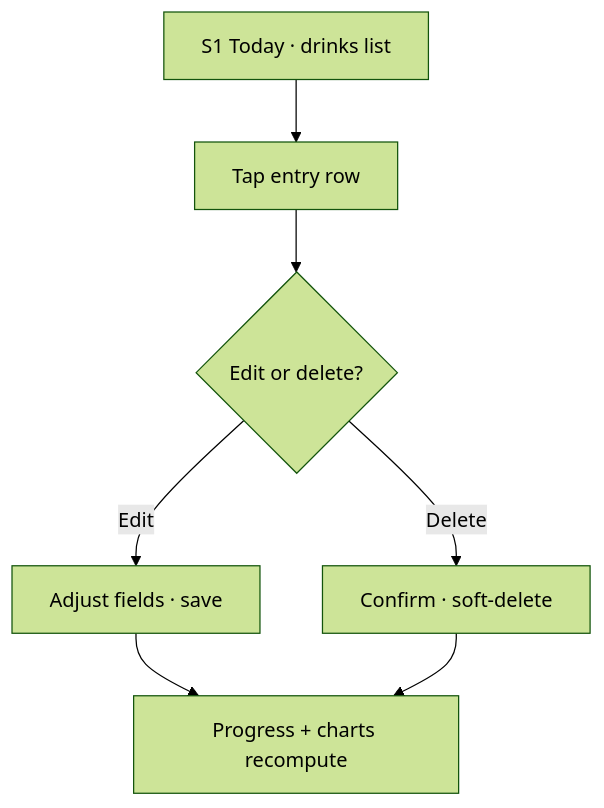
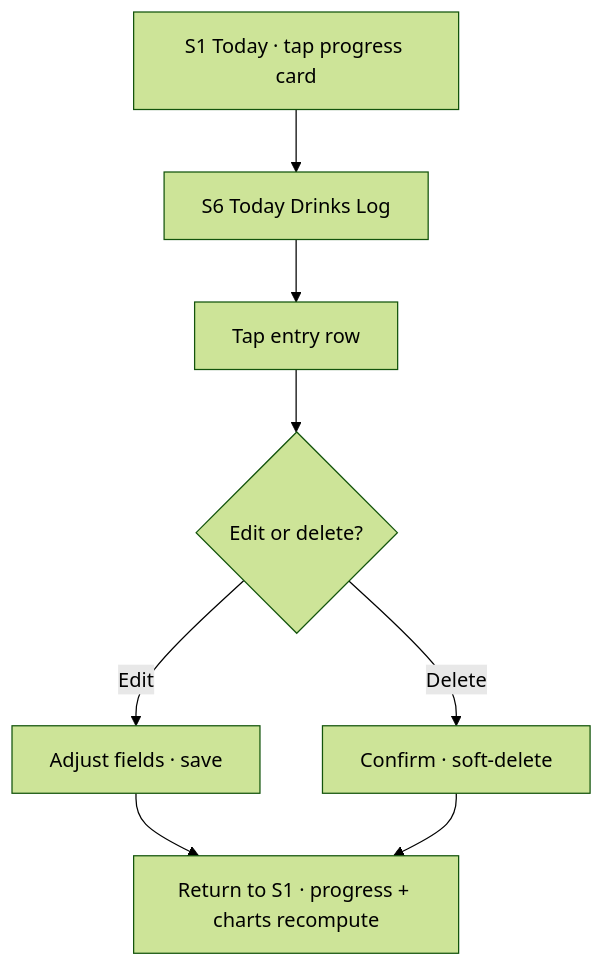
One commit to controlol/drinks-mate changed the fourth of 5 diagrams in user-experience.md. Above: the diagram before and after it, drawn with Mermaid (forest theme). The commit also changed other lines of this file and 4 other files, not shown here.

````diff
--- a/user-experience.md
+++ b/user-experience.md
@@ -209,9 +277,10 @@
 ```mermaid
 flowchart TD
-    A[S1 Today · drinks list] --> B[Tap entry row]
-    B --> C{Edit or delete?}
-    C -->|Edit| D[Adjust fields · save]
-    C -->|Delete| E[Confirm · soft-delete]
-    D --> F[Progress + charts recompute]
-    E --> F
+    A[S1 Today · tap progress card] --> B[S6 Today Drinks Log]
+    B --> C[Tap entry row]
+    C --> D{Edit or delete?}
+    D -->|Edit| E[Adjust fields · save]
+    D -->|Delete| F[Confirm · soft-delete]
+    E --> G[Return to S1 · progress + charts recompute]
+    F --> G
 ```
````
